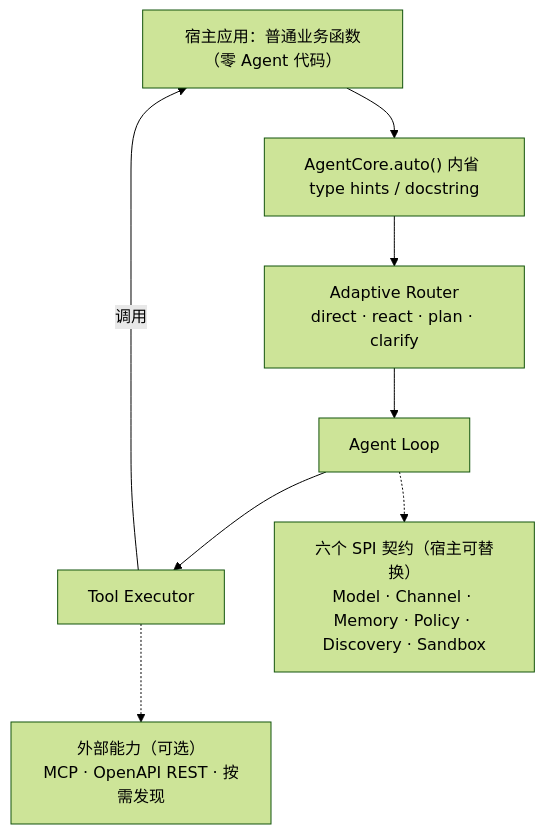
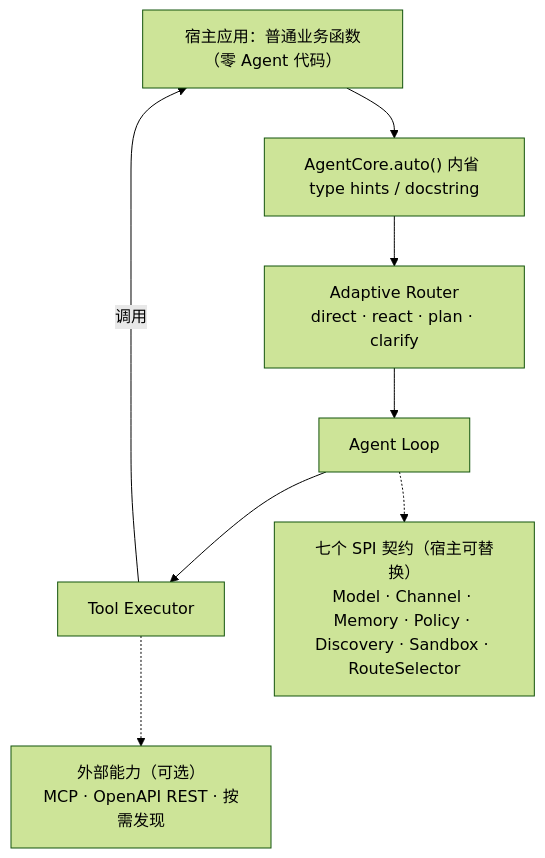
Before and after one commit to Gi-Tuu/yai-agent-core: the diagram in README.md, drawn with Mermaid (forest theme). The commit also changed other lines of this file and 5 other files, not shown here.

First line of the commit message:
docs(learning): M5 自校准路由讲义第19篇 + ROADMAP/README 学习曲线

````diff
--- a/README.md
+++ b/README.md
@@ -25,14 +25,14 @@
 ```mermaid
 flowchart TB
   app["宿主应用：普通业务函数（零 Agent 代码）"]
   auto["AgentCore.auto() 内省 type hints / docstring"]
   router["Adaptive Router<br/>direct · react · plan · clarify"]
   loop["Agent Loop"]
   exec["Tool Executor"]
   app --> auto --> router --> loop --> exec
   exec -->|"调用"| app
-  spi["六个 SPI 契约（宿主可替换）<br/>Model · Channel · Memory · Policy · Discovery · Sandbox"]
+  spi["七个 SPI 契约（宿主可替换）<br/>Model · Channel · Memory · Policy · Discovery · Sandbox · RouteSelector"]
   ext["外部能力（可选）<br/>MCP · OpenAPI REST · 按需发现"]
   loop -.-> spi
   exec -.-> ext
 ```
````
